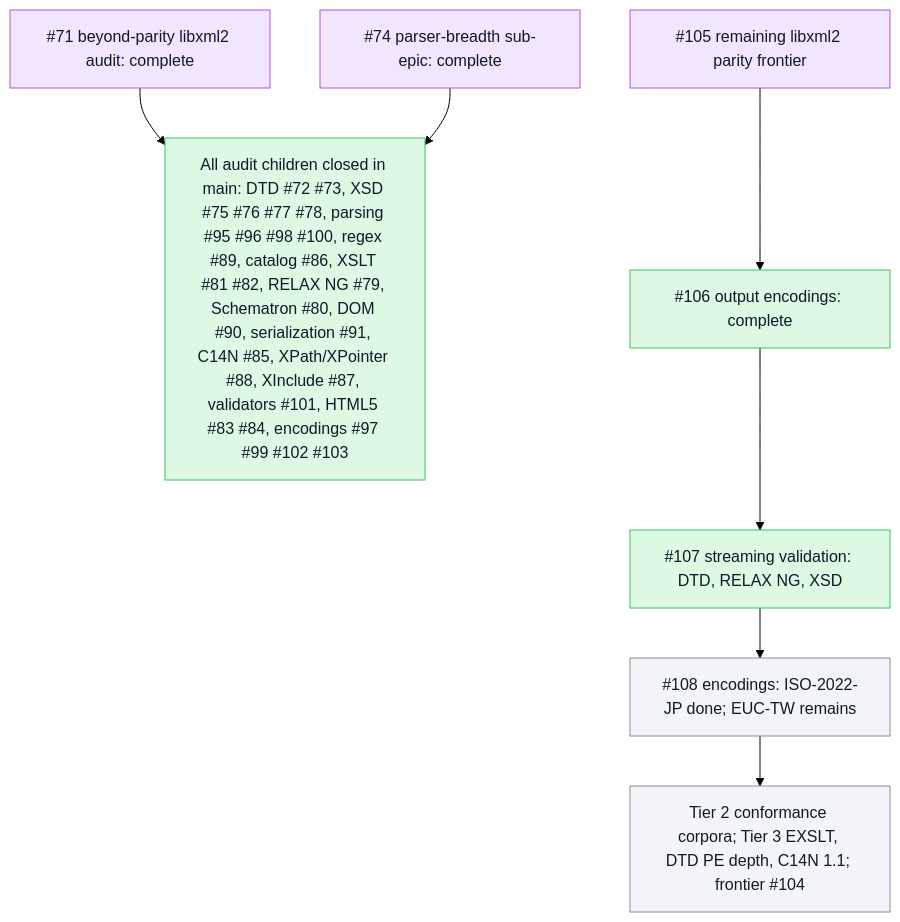
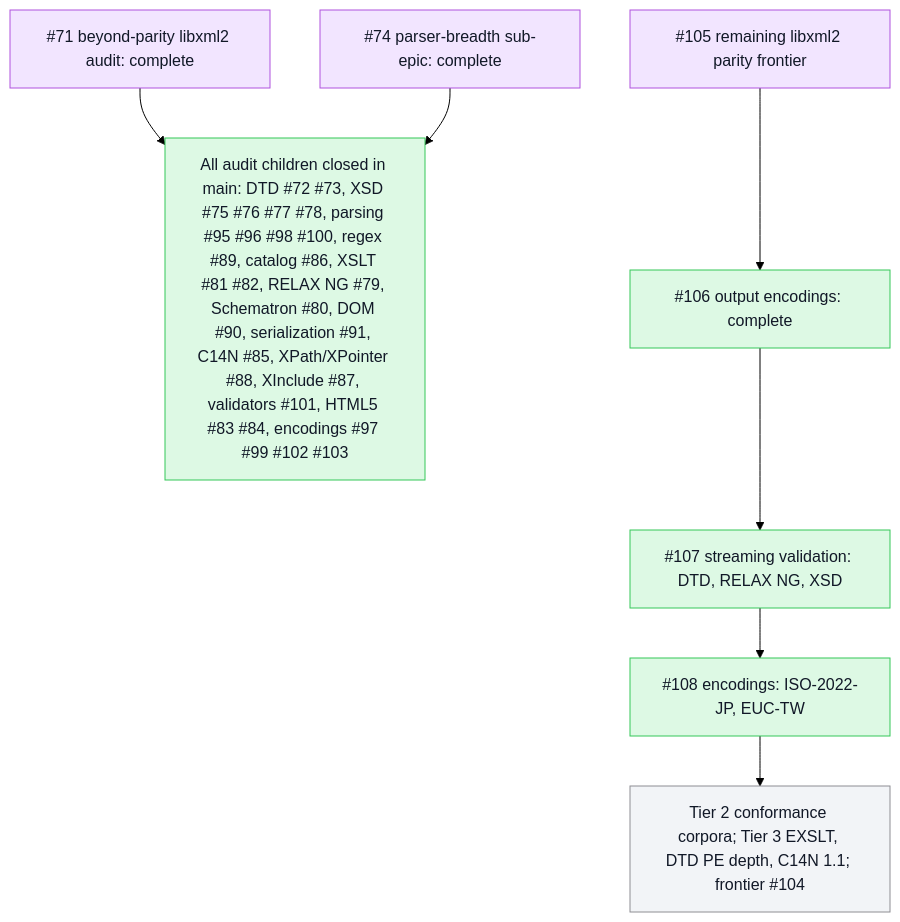
One commit to mihaelamj/PureXML changed the second of 2 diagrams in README.md. Above: the diagram before and after it, drawn with Mermaid (forest theme). The commit also changed other lines of this file and 14 other files, not shown here.

````diff
--- a/README.md
+++ b/README.md
@@ -76,21 +76,21 @@
 ```mermaid
 flowchart TB
   classDef done fill:#ddf9e4,stroke:#34c759,color:#111827
   classDef review fill:#fff7d6,stroke:#ffcc00,color:#111827
   classDef epic fill:#f2e5ff,stroke:#af52de,color:#111827
   classDef todo fill:#f2f4f7,stroke:#8e8e93,color:#111827
   Epic71["#71 beyond-parity libxml2 audit: complete"]:::epic
   Epic74["#74 parser-breadth sub-epic: complete"]:::epic
   Done["All audit children closed in main: DTD #72 #73, XSD #75 #76 #77 #78, parsing #95 #96 #98 #100, regex #89, catalog #86, XSLT #81 #82, RELAX NG #79, Schematron #80, DOM #90, serialization #91, C14N #85, XPath/XPointer #88, XInclude #87, validators #101, HTML5 #83 #84, encodings #97 #99 #102 #103"]:::done
   Epic71 --> Done
   Epic74 --> Done
   Epic105["#105 remaining libxml2 parity frontier"]:::epic
   OutEnc["#106 output encodings: complete"]:::done
   StreamVal["#107 streaming validation: DTD, RELAX NG, XSD"]:::done
-  MoreEnc["#108 encodings: ISO-2022-JP done; EUC-TW remains"]:::todo
+  MoreEnc["#108 encodings: ISO-2022-JP, EUC-TW"]:::done
   Depth["Tier 2 conformance corpora; Tier 3 EXSLT, DTD PE depth, C14N 1.1; frontier #104"]:::todo
   Epic105 --> OutEnc
   OutEnc --> StreamVal
   StreamVal --> MoreEnc
   MoreEnc --> Depth
 ```
````
